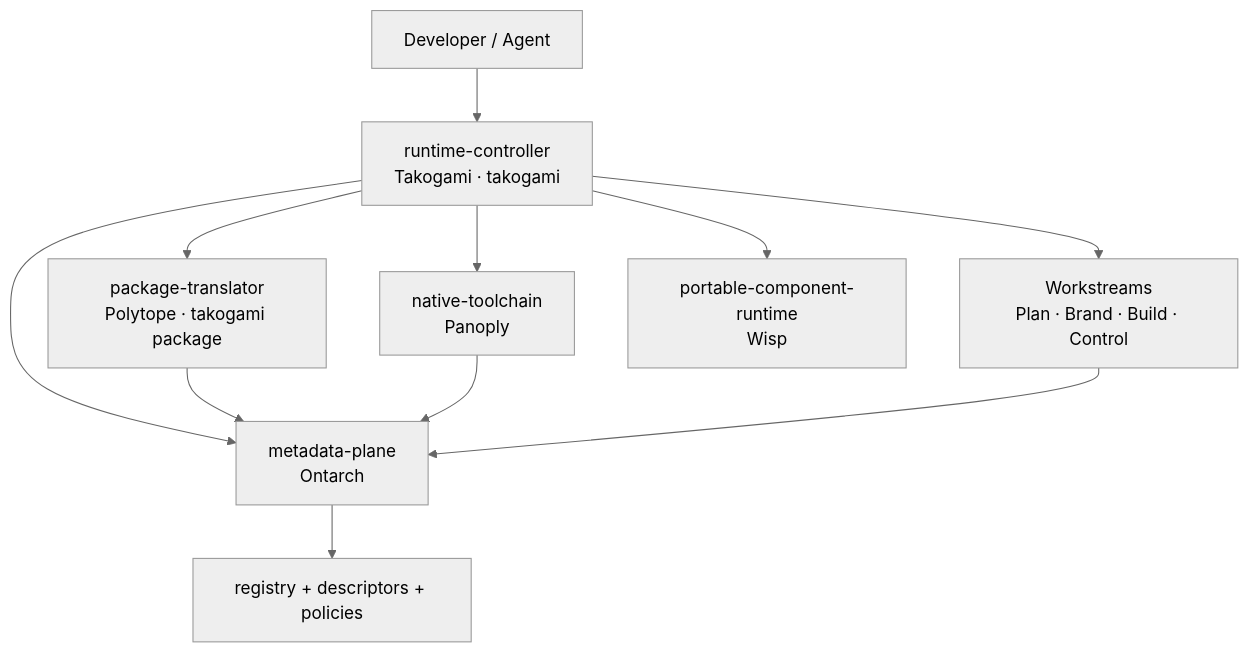
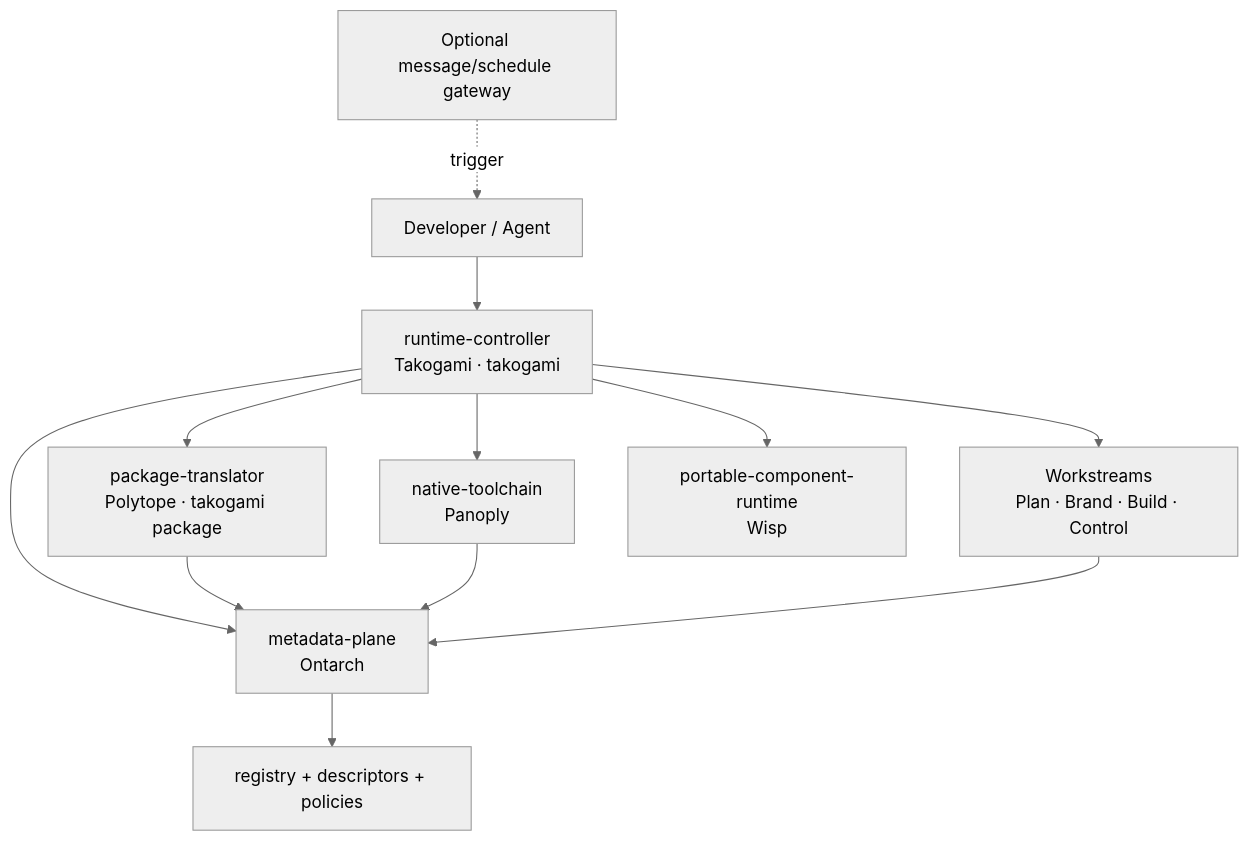
Before and after one commit to luckgrid/wfos: the second of 2 diagrams in docs/architecture.md, drawn with Mermaid (neutral theme). The commit also changed other lines of this file, not shown here.

Commit message:
docs: map Push gateway boundary in docs/architecture.md

````diff
--- a/docs/architecture.md
+++ b/docs/architecture.md
@@ -112,14 +116,15 @@
 ```mermaid
 flowchart TD
   WS["Workstreams<br/>Plan · Brand · Build · Control"]
+  Gateway["Optional message/schedule gateway"] -. trigger .-> Dev
   Dev[Developer / Agent] --> TKO["runtime-controller\nTakogami · takogami"]
   TKO --> WS
   TKO --> CX["metadata-plane\nOntarch"]
   TKO --> PLT["package-translator\nPolytope · takogami package"]
   TKO --> PANOPLY["native-toolchain\nPanoply"]
   TKO --> WSP["portable-component-runtime\nWisp"]
   PLT --> CX
   PANOPLY --> CX
   WS --> CX
   CX --> Reg[registry + descriptors + policies]
 ```
````
